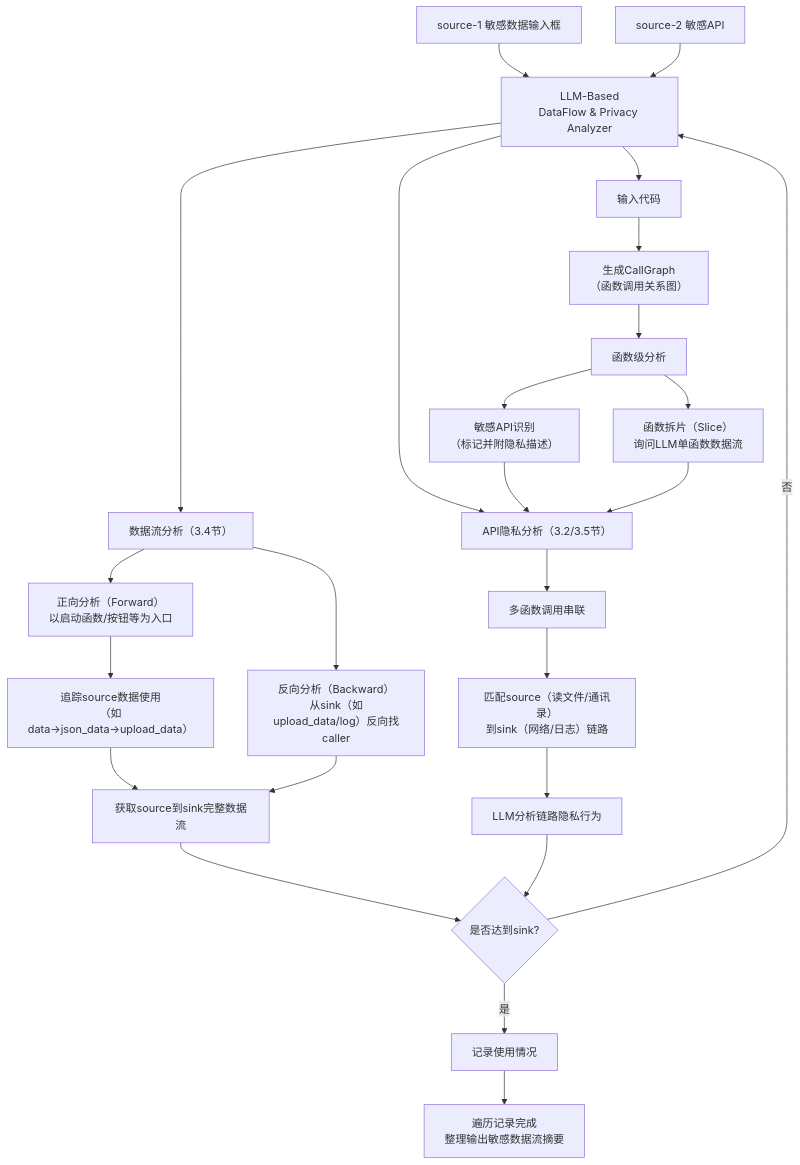
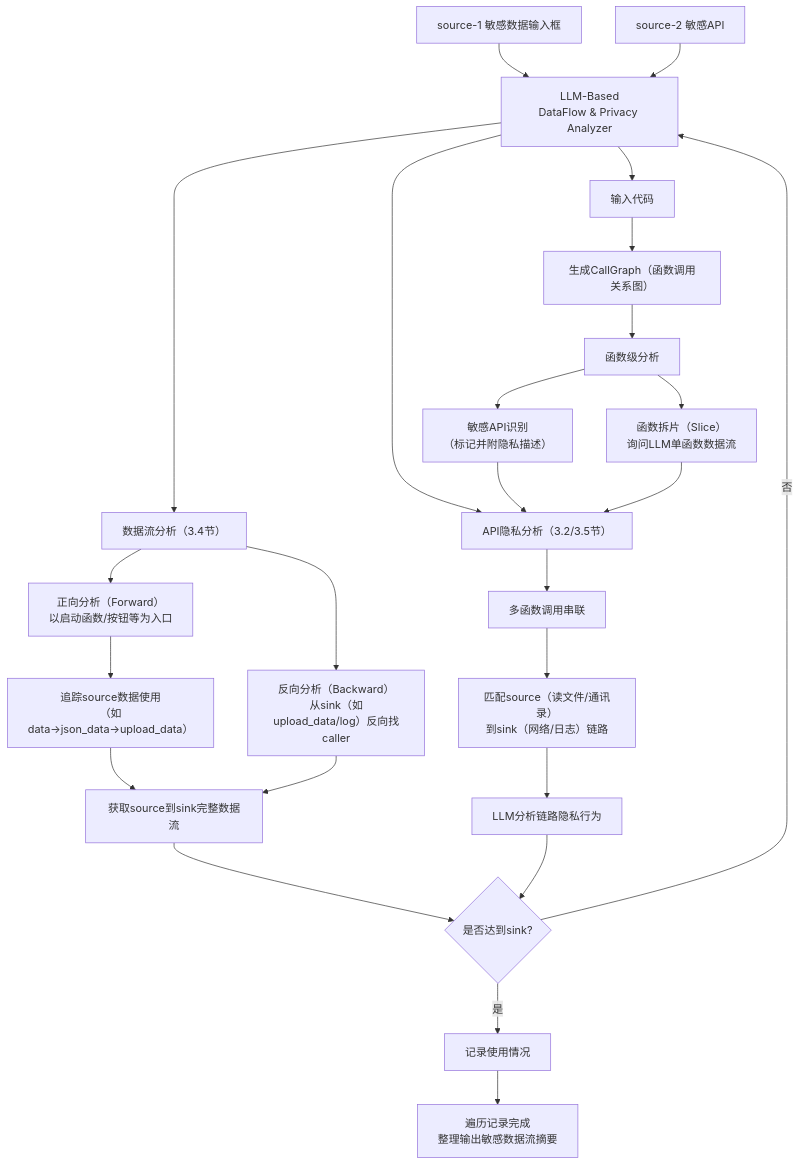
One commit to WriteStone/iodraw-files changed the diagram in all/未命名.md. Above: the diagram before and after it, drawn with Mermaid.

Commit message:
2025-09-08 20:37:20 update

````diff
--- a/all/未命名.md
+++ b/all/未命名.md
@@ -1,33 +1,33 @@
 ```mermaid
 flowchart TD
     %% 左侧数据源
-    A[source-1 敏感数据输入框] --> B[LLM-Based\nDataFlow & Privacy Analyzer]
+    A[source-1 敏感数据输入框] --> B[LLM-Based DataFlow & Privacy Analyzer]
     C[source-2 敏感API] --> B
     
     %% 分析器核心处理
     B --> D[输入代码]
-    D --> E[生成CallGraph\n（函数调用关系图）]
+    D --> E[生成CallGraph（函数调用关系图）]
     E --> F[函数级分析]
     F --> G1[敏感API识别\n（标记并附隐私描述）]
     F --> G2[函数拆片（Slice）\n询问LLM单函数数据流]
     
     %% 数据流分析分支（3.4节）
     B --> H[数据流分析（3.4节）]
     H --> H1[正向分析（Forward）\n以启动函数/按钮等为入口]
     H1 --> H2[追踪source数据使用\n（如data→json_data→upload_data）]
     H --> H3[反向分析（Backward）\n从sink（如upload_data/log）反向找caller]
     H2 & H3 --> H4[获取source到sink完整数据流]
     
     %% 隐私分析分支（3.2/3.5节）
     B --> I[API隐私分析（3.2/3.5节）]
     G1 & G2 --> I
     I --> I1[多函数调用串联]
     I1 --> I2[匹配source（读文件/通讯录）\n到sink（网络/日志）链路]
     I2 --> I3[LLM分析链路隐私行为]
     
     %% 决策与输出
     H4 & I3 --> J{是否达到sink?}
     J -- 否 --> B[LLM-Based\nDataFlow & Privacy Analyzer]
     J -- 是 --> K[记录使用情况]
     K --> L[遍历记录完成\n整理输出敏感数据流摘要]
 ```
````
